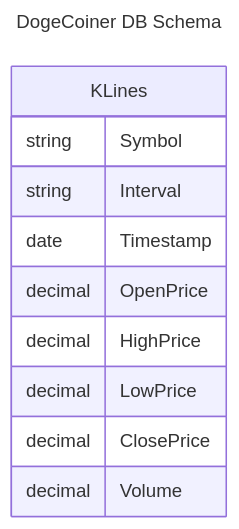
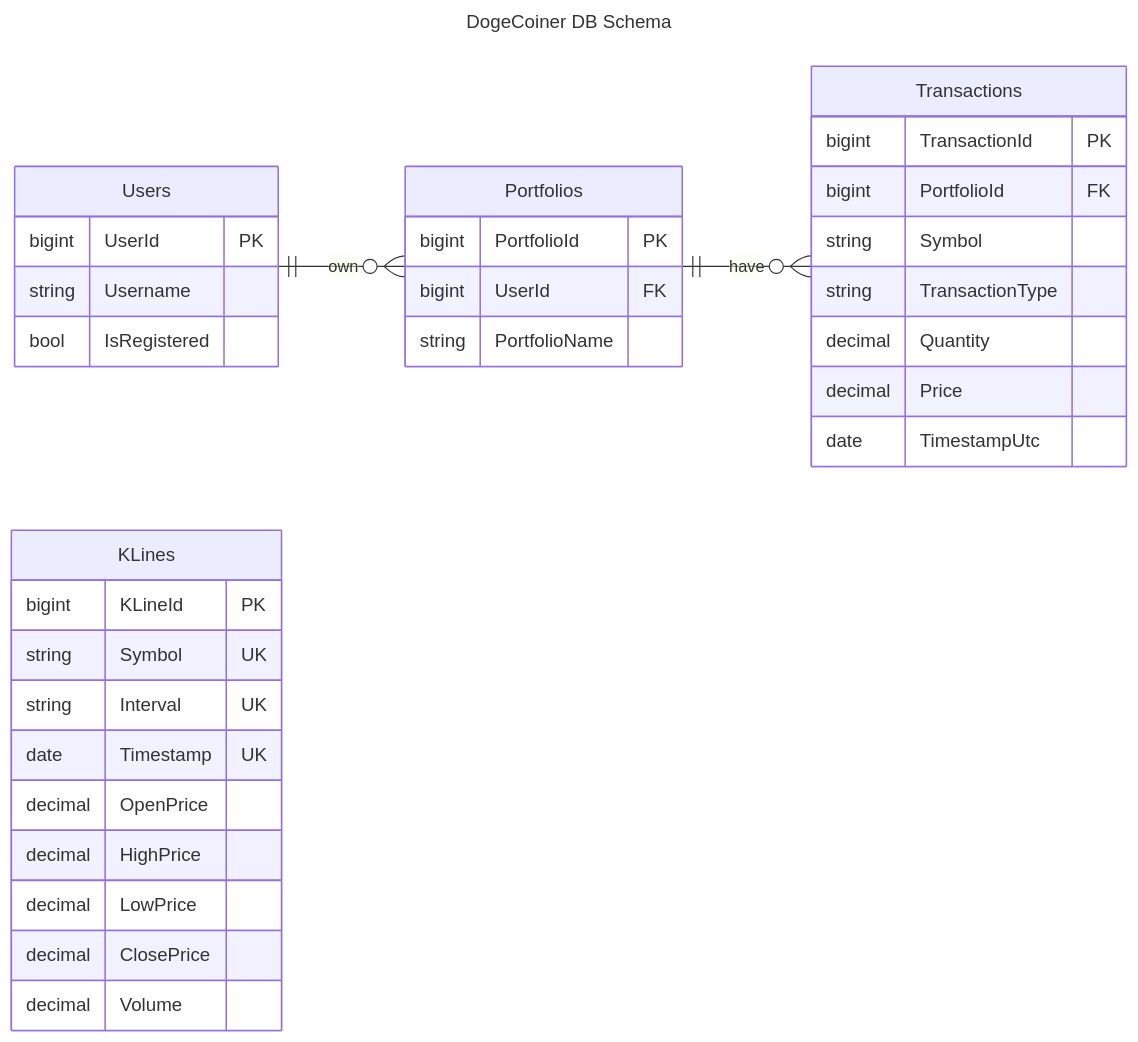
Before and after one commit to abardandev/dogecoiner-db: the diagram in README.md, drawn with Mermaid. The commit also changed other lines of this file and 19 other files, not shown here.

Commit message:
- added Users, Portfolios and Transactions - added new CUD procs - updated various types names and KLine columns

````diff
--- a/README.md
+++ b/README.md
@@ -18,16 +18,39 @@
 ```mermaid
 ---
 title: DogeCoiner DB Schema
 ---
 erDiagram
-    KL[KLines] {
+    direction LR
+    Users {
+        bigint UserId PK
+        string Username
+        bool IsRegistered
+    }
+    Portfolios {
+        bigint PortfolioId PK
+        bigint UserId FK
+        string PortfolioName
+    }
+    Transactions {
+        bigint TransactionId PK
+        bigint PortfolioId FK
         string Symbol
-        string Interval
-        date Timestamp
+        string TransactionType
+        decimal Quantity
+        decimal Price
+        date TimestampUtc
+    }
+    KLines[KLines] {
+        bigint KLineId PK
+        string Symbol UK
+        string Interval UK
+        date Timestamp UK
         decimal OpenPrice
         decimal HighPrice
         decimal LowPrice
         decimal ClosePrice
         decimal Volume
     }
+    Users ||--o{ Portfolios : own
+    Portfolios ||--o{ Transactions : have
 ```
````
